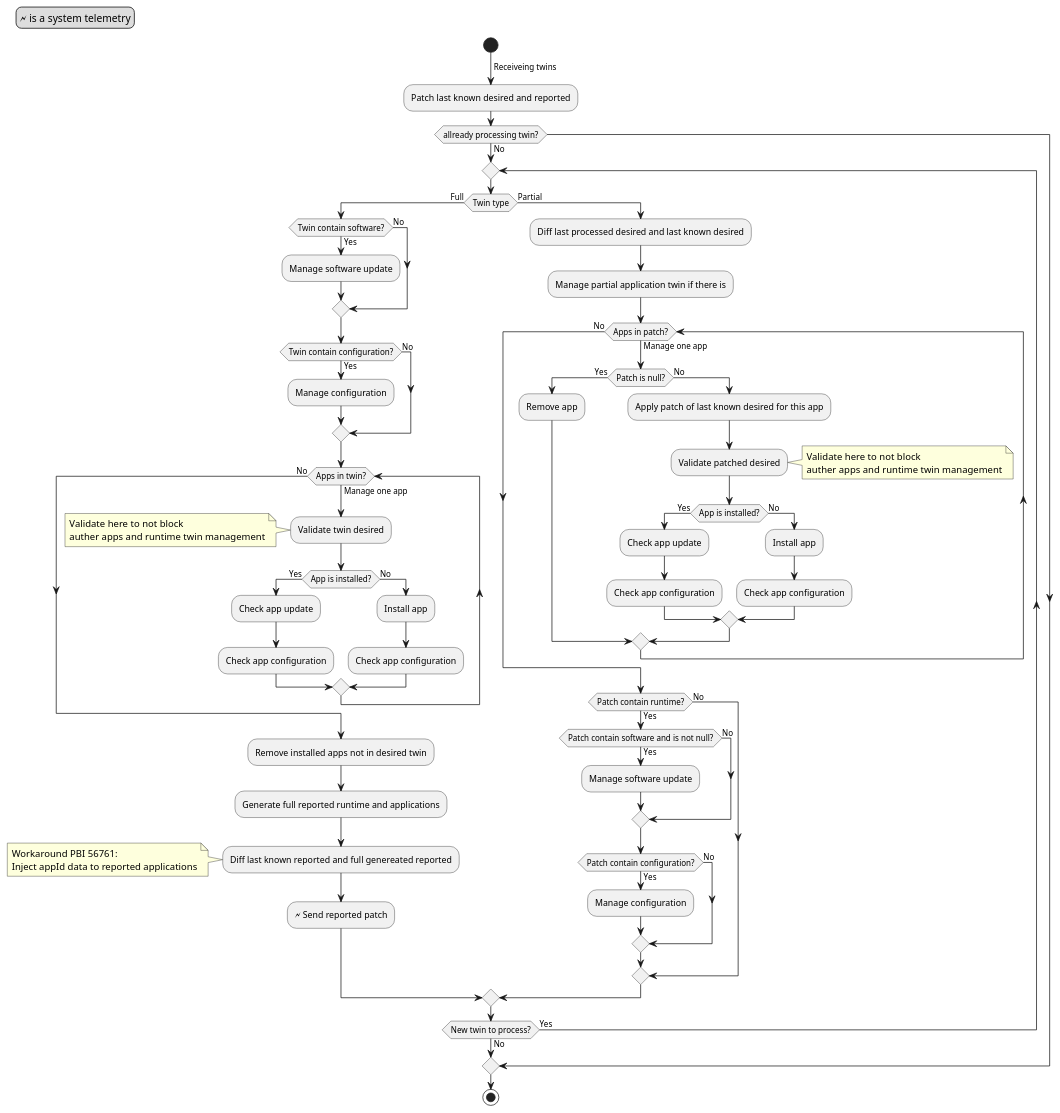
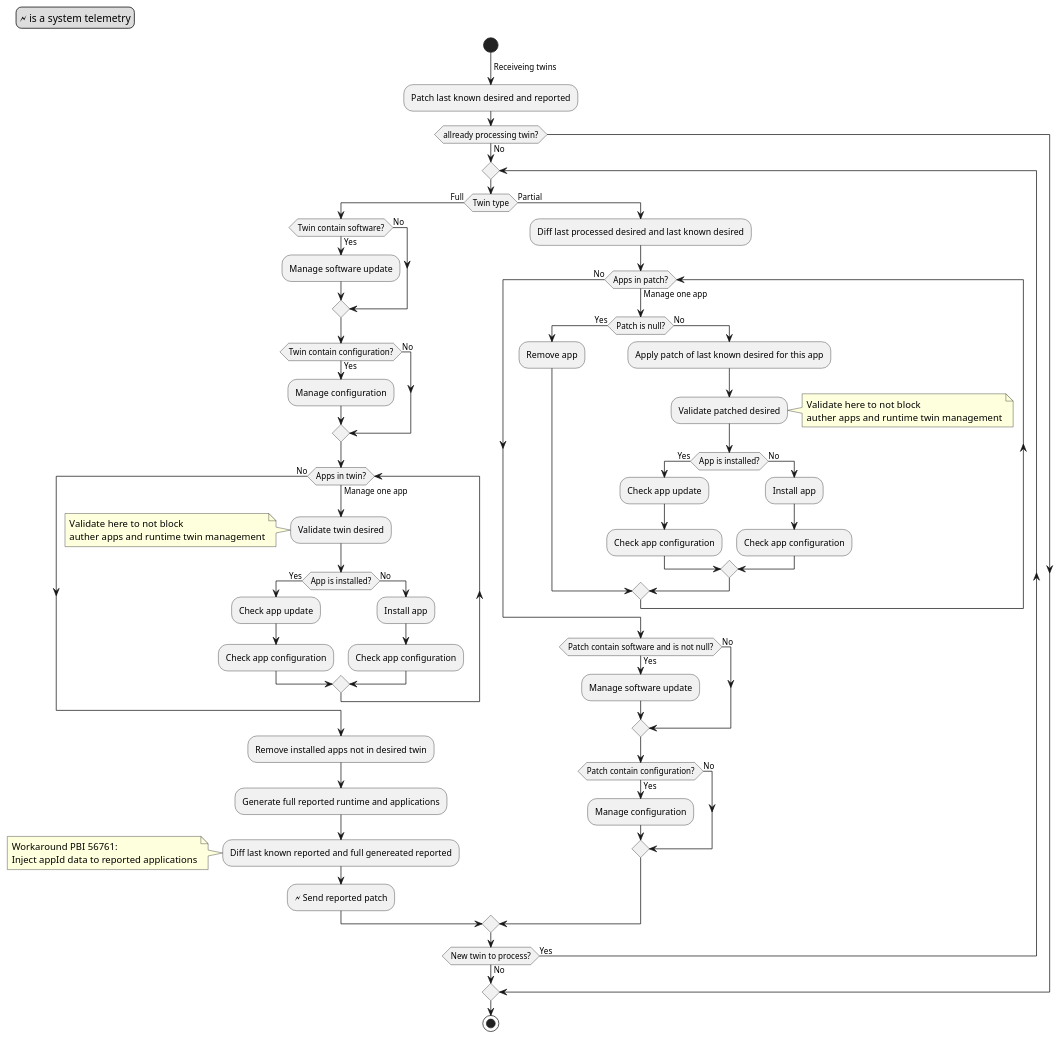
The diagram in UseCases/Receive-twins/Receive-twins.activity.puml (se-edge/framework-diagrams), drawn with PlantUML before and after one commit.

Commit message:
Update Receive twin activity diagram

```diff
--- a/UseCases/Receive-twins/Receive-twins.activity.puml
+++ b/UseCases/Receive-twins/Receive-twins.activity.puml
@@ -1,87 +1,84 @@
 @startuml
 legend top left
 🗲 is a system telemetry
 endlegend
 
 start
 -> Receiveing twins;
 :Patch last known desired and reported;
 if (allready processing twin?) then (No)
     repeat
         if (Twin type) then (Full)
             if (Twin contain software?) then (Yes)
                 :Manage software update;
             else (No)
             endif
 
             if (Twin contain configuration?) then (Yes)
                 :Manage configuration;
             else (No)
             endif
 
             while (Apps in twin?) is (Manage one app)
                 :Validate twin desired;
                 note left
                 Validate here to not block
                 auther apps and runtime twin management
                 end note
 
                 if (App is installed?) then (Yes)
                     :Check app update;
                     :Check app configuration;
                 else (No)
                     :Install app;
                     :Check app configuration;
                 endif
             endwhile (No)
 
             :Remove installed apps not in desired twin;
 
             :Generate full reported runtime and applications;
             :Diff last known reported and full genereated reported;
             note left
             Workaround PBI 56761:
             Inject appId data to reported applications
             end note
             :🗲 Send reported patch;
         else (Partial)
             :Diff last processed desired and last known desired;
-            :Manage partial application twin if there is;
+
             while (Apps in patch?) is (Manage one app)
                 if (Patch is null?) then (Yes)
                     :Remove app;
                 else (No)
                     :Apply patch of last known desired for this app;
                     :Validate patched desired;
                     note right
                     Validate here to not block
                     auther apps and runtime twin management
                     end note
 
                     if (App is installed?) then (Yes)
                         :Check app update;
                         :Check app configuration;
                     else (No)
                         :Install app;
                         :Check app configuration;
                     endif
                 endif
             endwhile (No)
 
-            if (Patch contain runtime?) then (Yes)
-                if (Patch contain software and is not null?) then (Yes)
-                    :Manage software update;
-                else (No)
-                endif
-                if (Patch contain configuration?) then (Yes)
-                    :Manage configuration;
-                else (No)
-                endif
+            if (Patch contain software and is not null?) then (Yes)
+                :Manage software update;
+            else (No)
+            endif
+            if (Patch contain configuration?) then (Yes)
+                :Manage configuration;
             else (No)
             endif
         endif
     repeat while (New twin to process?) is (Yes) not (No)
 endif
 stop
 
 @enduml
```
